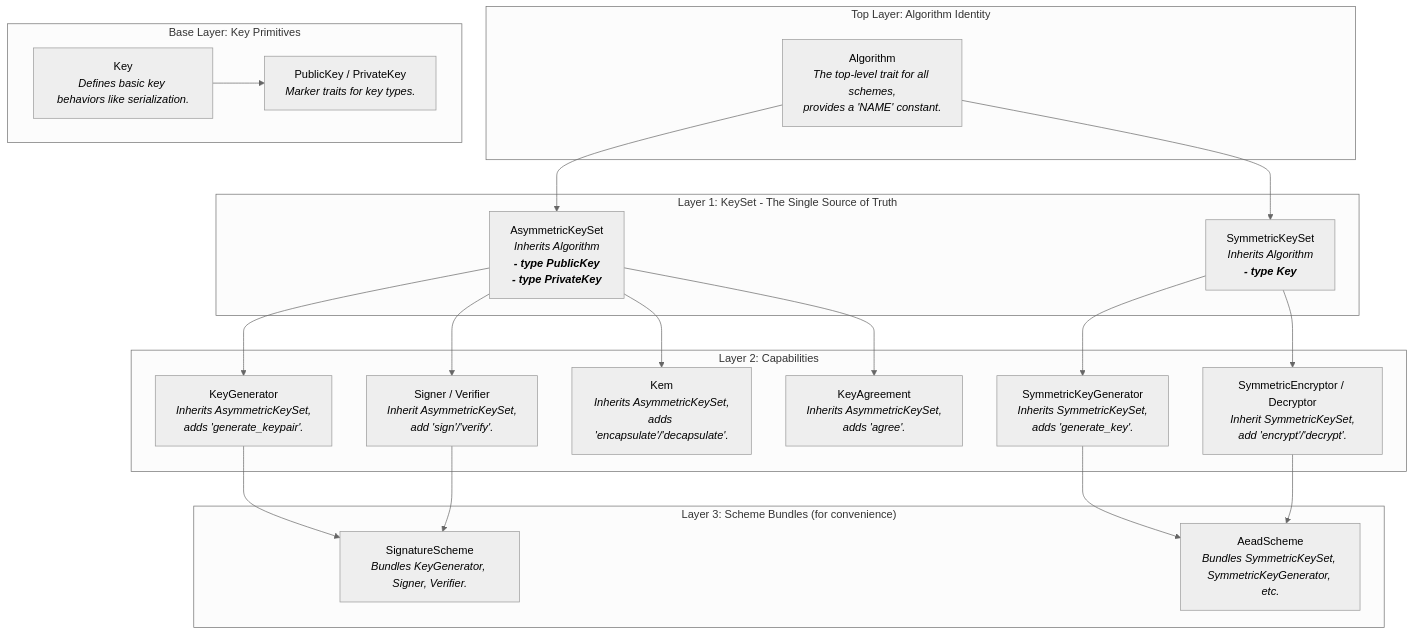
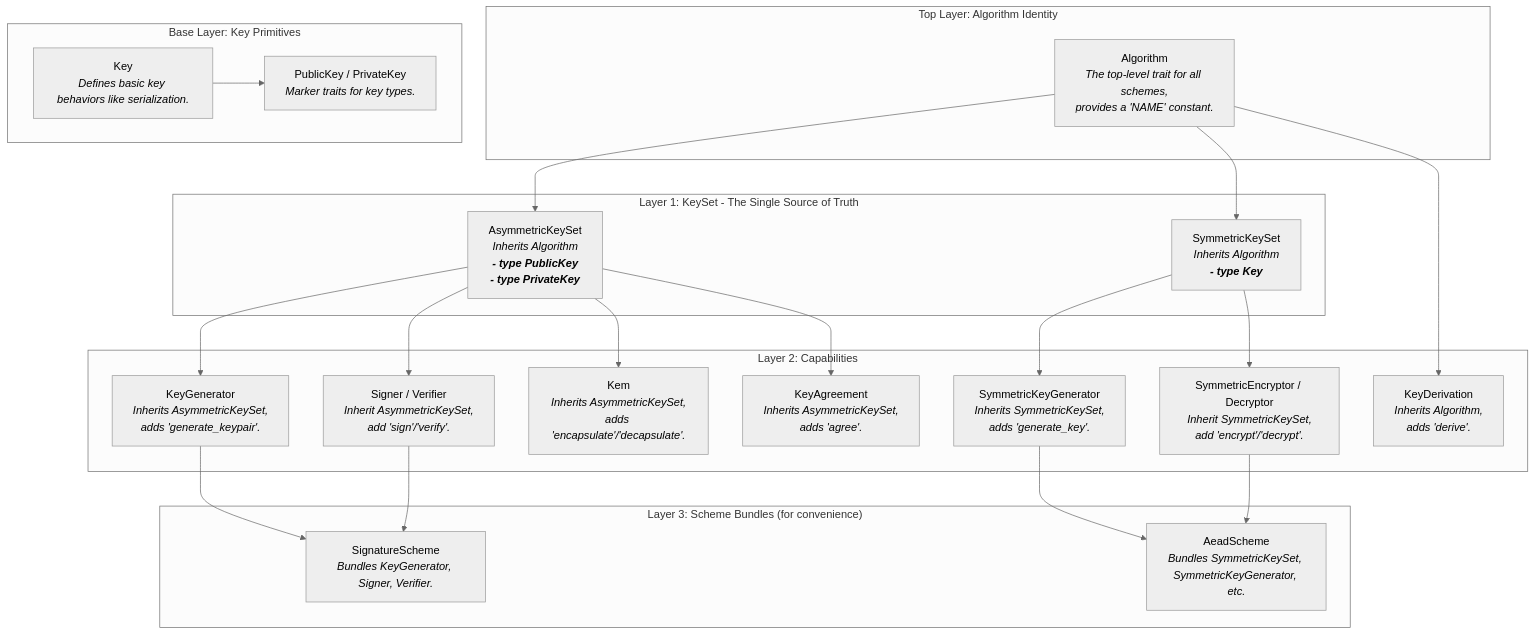
The diagram in README.md (ShaoG-R/seal-crypto), drawn with Mermaid (neutral theme) before and after one commit. The commit also changed other lines of this file and 18 other files, not shown here.

````diff
--- a/README.md
+++ b/README.md
@@ -82,46 +82,48 @@
 ```mermaid
 graph TD
     subgraph "Top Layer: Algorithm Identity"
         Z["Algorithm<br/><i>The top-level trait for all schemes,<br/>provides a 'NAME' constant.</i>"]
     end
 
     subgraph "Base Layer: Key Primitives"
         A["Key<br/><i>Defines basic key behaviors like serialization.</i>"]
         B["PublicKey / PrivateKey<br/><i>Marker traits for key types.</i>"]
     end
 
     subgraph "Layer 1: KeySet - The Single Source of Truth"
         C["AsymmetricKeySet<br/><i>Inherits Algorithm<br/><b>- type PublicKey<br/>- type PrivateKey</b></i>"]
         D["SymmetricKeySet<br/><i>Inherits Algorithm<br/><b>- type Key</b></i>"]
     end
 
     subgraph "Layer 2: Capabilities"
         F["KeyGenerator<br/><i>Inherits AsymmetricKeySet,<br/>adds 'generate_keypair'.</i>"]
         G["Signer / Verifier<br/><i>Inherit AsymmetricKeySet,<br/>add 'sign'/'verify'.</i>"]
         H["Kem<br/><i>Inherits AsymmetricKeySet,<br/>adds 'encapsulate'/'decapsulate'.</i>"]
         M["KeyAgreement<br/><i>Inherits AsymmetricKeySet,<br/>adds 'agree'.</i>"]
         I["SymmetricKeyGenerator<br/><i>Inherits SymmetricKeySet,<br/>adds 'generate_key'.</i>"]
         J["SymmetricEncryptor / Decryptor<br/><i>Inherit SymmetricKeySet,<br/>add 'encrypt'/'decrypt'.</i>"]
+        N["KeyDerivation<br/><i>Inherits Algorithm,<br/>adds 'derive'.</i>"]
     end
     
     subgraph "Layer 3: Scheme Bundles (for convenience)"
         K["SignatureScheme<br/><i>Bundles KeyGenerator, Signer, Verifier.</i>"]
         L["AeadScheme<br/><i>Bundles SymmetricKeySet, SymmetricKeyGenerator, etc.</i>"]
     end
 
     A --> B
 
     Z --> C
     Z --> D
+    Z --> N
     
     C --> F
     C --> G
     C --> H
     C --> M
     
     F & G --> K
 
     D --> I
     D --> J
     I & J --> L
 ```
````
